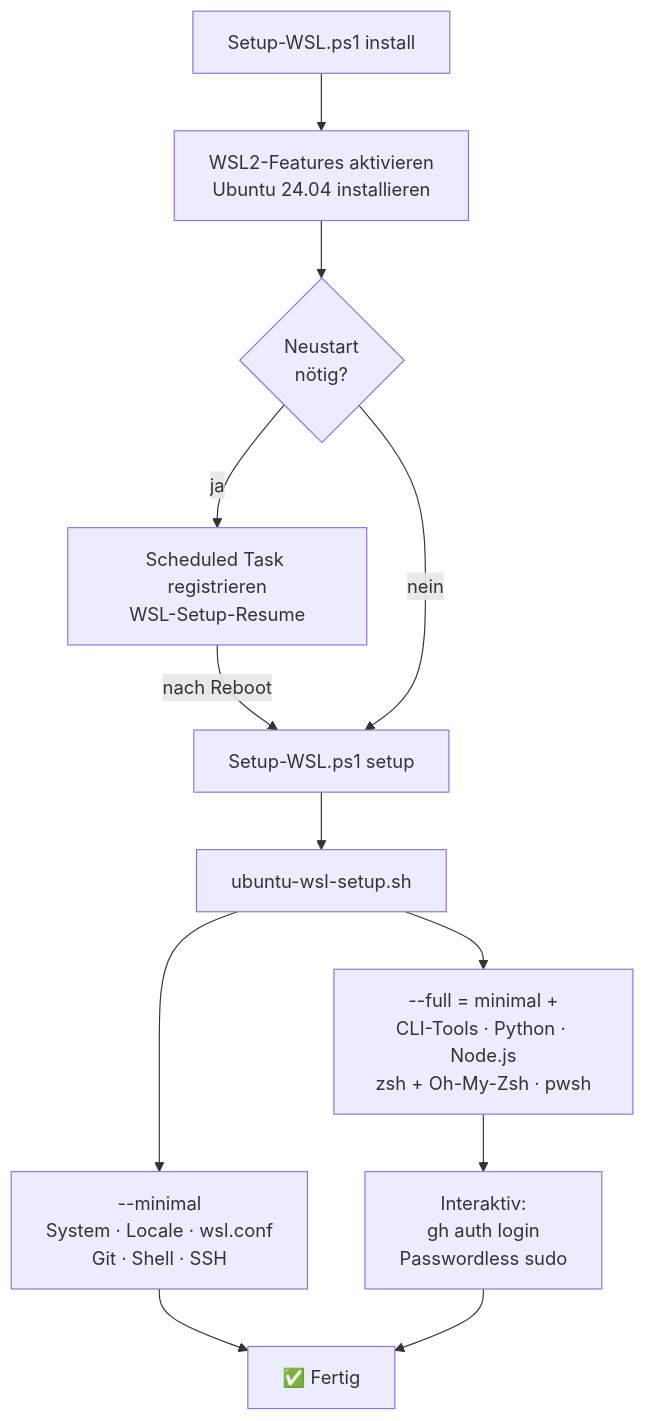
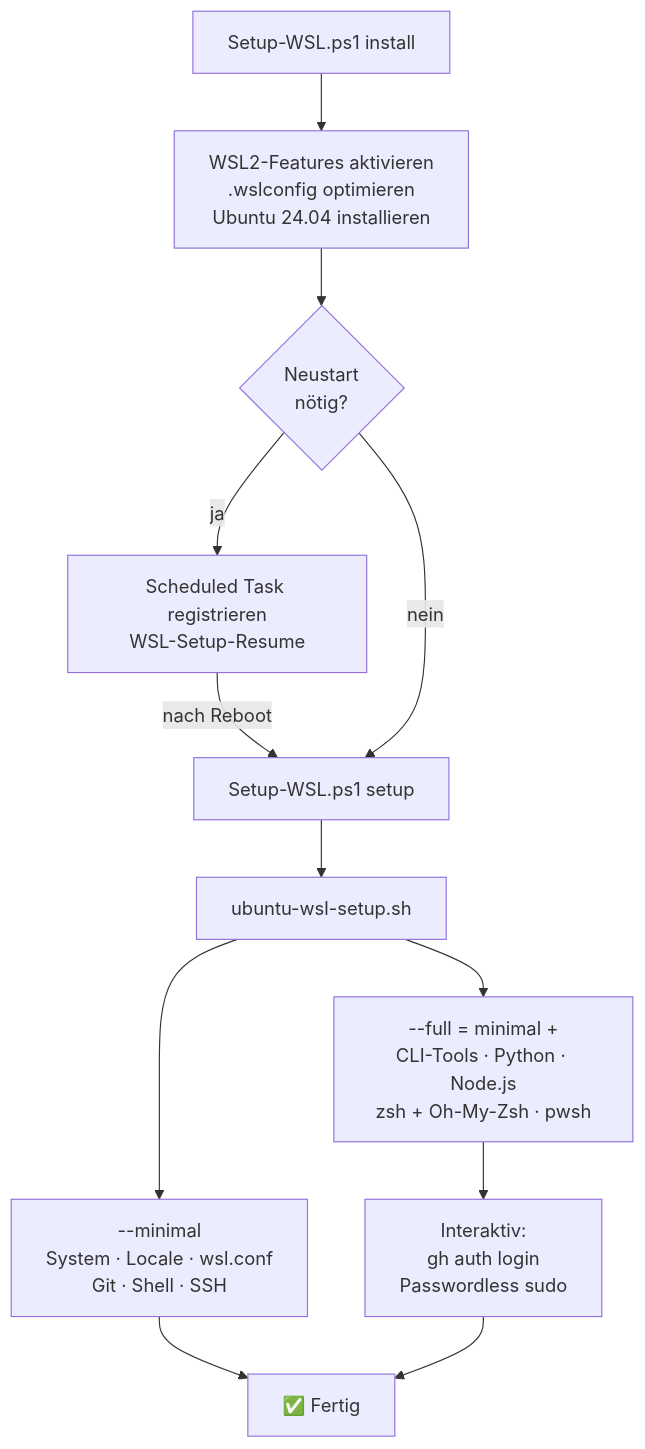
One commit to reze83/wsl-ubuntu-powershell changed the diagram in README.md. Above: the diagram before and after it, drawn with Mermaid. The commit also changed other lines of this file, not shown here.

````diff
--- a/README.md
+++ b/README.md
@@ -324,14 +325,14 @@
 ```mermaid
 flowchart TD
-    A["Setup-WSL.ps1 install"] --> B["WSL2-Features aktivieren\nUbuntu 24.04 installieren"]
+    A["Setup-WSL.ps1 install"] --> B["WSL2-Features aktivieren\n.wslconfig optimieren\nUbuntu 24.04 installieren"]
     B --> C{Neustart\nnötig?}
     C -->|ja| D["Scheduled Task registrieren\nWSL-Setup-Resume"]
     D -->|nach Reboot| E
     C -->|nein| E["Setup-WSL.ps1 setup"]
     E --> F["ubuntu-wsl-setup.sh"]
     F --> G["--minimal\nSystem · Locale · wsl.conf\nGit · Shell · SSH"]
     F --> H["--full = minimal +\nCLI-Tools · Python · Node.js\nzsh + Oh-My-Zsh · pwsh"]
     H --> I["Interaktiv:\ngh auth login\nPasswordless sudo"]
     G --> J["✅ Fertig"]
     I --> J
 ```
````
